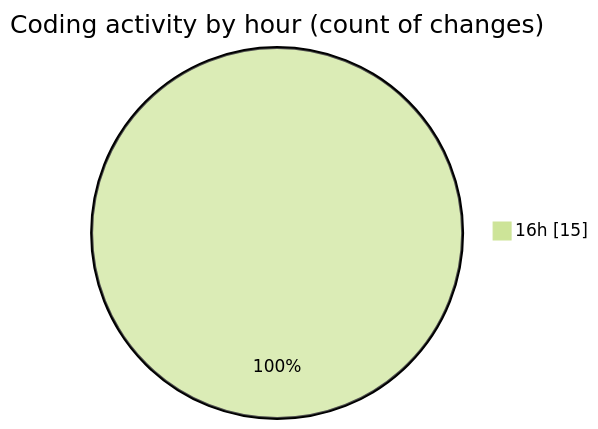
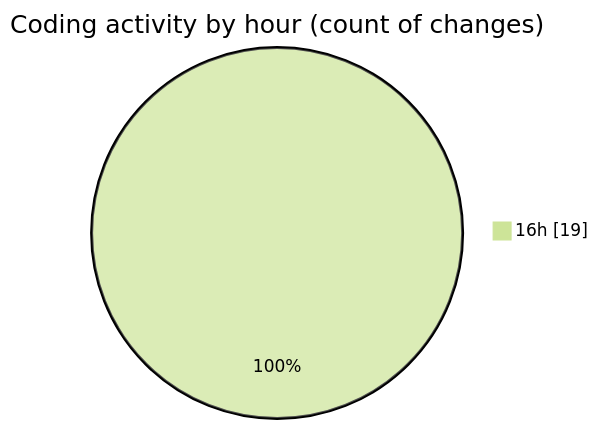
Before and after one commit to donsfak/code-tracking: the second of 2 diagrams in 2025-01-26/trackers_app/README.md, drawn with Mermaid (forest theme). The commit also changed other lines of this file and 1 other file, not shown here.

````diff
--- a/2025-01-26/trackers_app/README.md
+++ b/2025-01-26/trackers_app/README.md
@@ -30,5 +32,5 @@
 ```mermaid
 pie showData
 title Coding activity by hour (count of changes)
-"16h" : 15
+"16h" : 19
 ```
````
